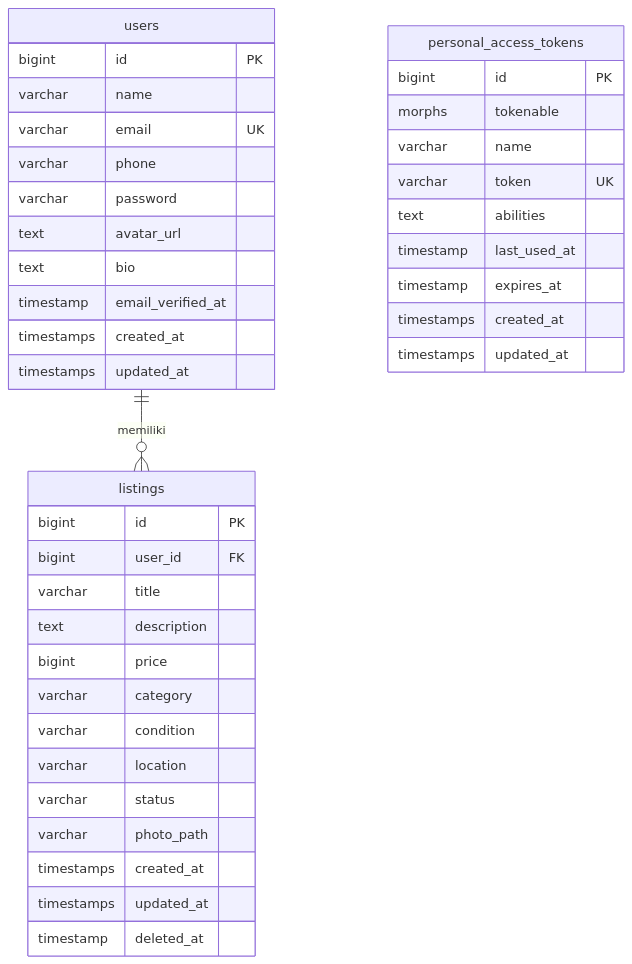
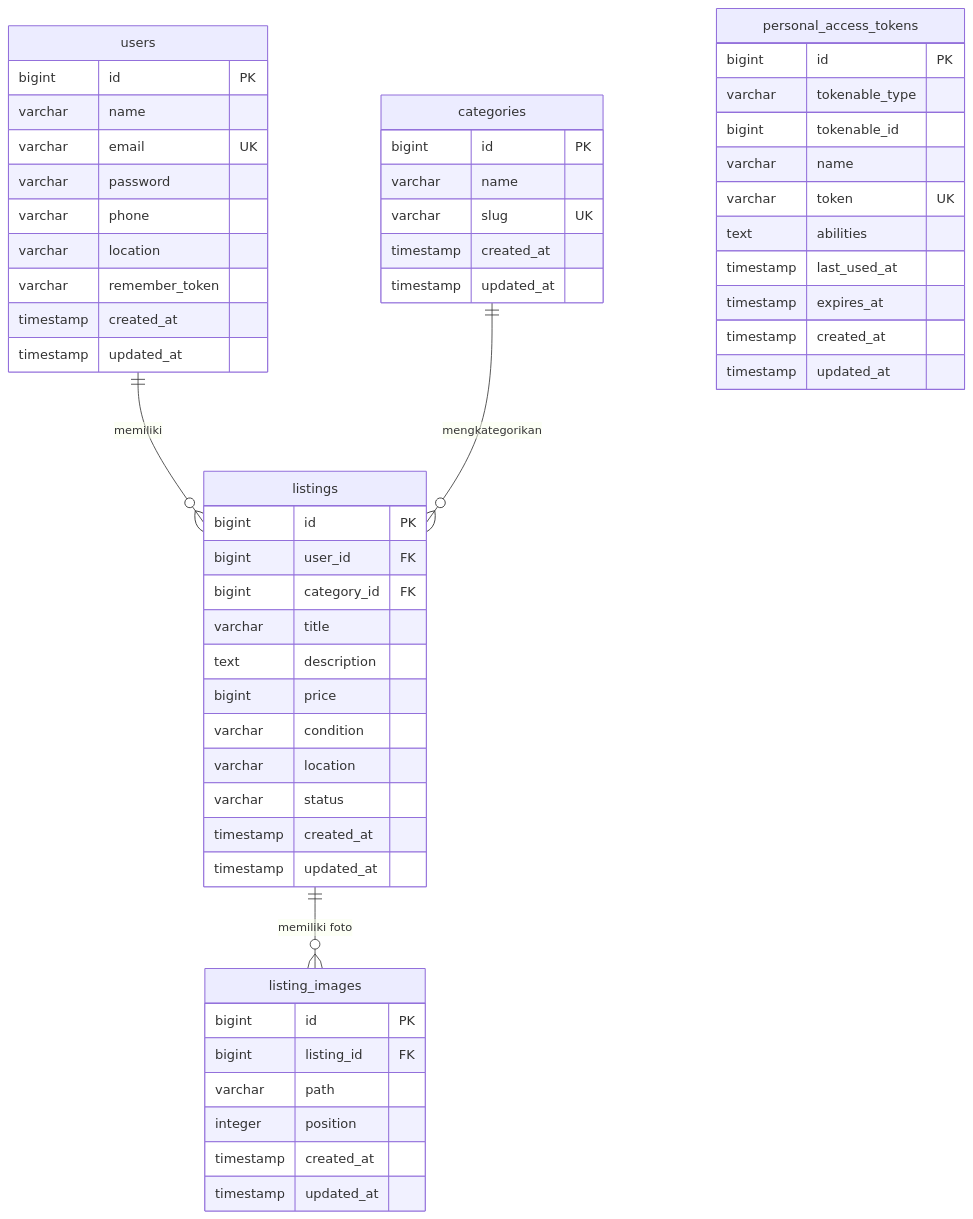
The diagram in docs/database.md (ZuPPABae/gits-secondhand-marketplace), drawn with Mermaid before and after one commit. The commit also changed other lines of this file and 23 other files, not shown here.

````diff
--- a/docs/database.md
+++ b/docs/database.md
@@ -11,45 +11,62 @@
 ```mermaid
 erDiagram
     users {
         bigint id PK
         varchar name
         varchar email UK
+        varchar password
         varchar phone
-        varchar password
-        text avatar_url
-        text bio
-        timestamp email_verified_at
-        timestamps created_at
-        timestamps updated_at
+        varchar location
+        varchar remember_token
+        timestamp created_at
+        timestamp updated_at
+    }
+
+    categories {
+        bigint id PK
+        varchar name
+        varchar slug UK
+        timestamp created_at
+        timestamp updated_at
     }
 
     listings {
         bigint id PK
         bigint user_id FK
+        bigint category_id FK
         varchar title
         text description
         bigint price
-        varchar category
         varchar condition
         varchar location
         varchar status
-        varchar photo_path
-        timestamps created_at
-        timestamps updated_at
-        timestamp deleted_at
+        timestamp created_at
+        timestamp updated_at
+    }
+
+    listing_images {
+        bigint id PK
+        bigint listing_id FK
+        varchar path
+        integer position
+        timestamp created_at
+        timestamp updated_at
     }
 
     personal_access_tokens {
         bigint id PK
-        morphs tokenable
+        varchar tokenable_type
+        bigint tokenable_id
         varchar name
         varchar token UK
         text abilities
         timestamp last_used_at
         timestamp expires_at
-        timestamps created_at
-        timestamps updated_at
+        timestamp created_at
+        timestamp updated_at
     }
 
     users ||--o{ listings : "memiliki"
+    categories ||--o{ listings : "mengkategorikan"
+    listings ||--o{ listing_images : "memiliki foto"
 ```
````
